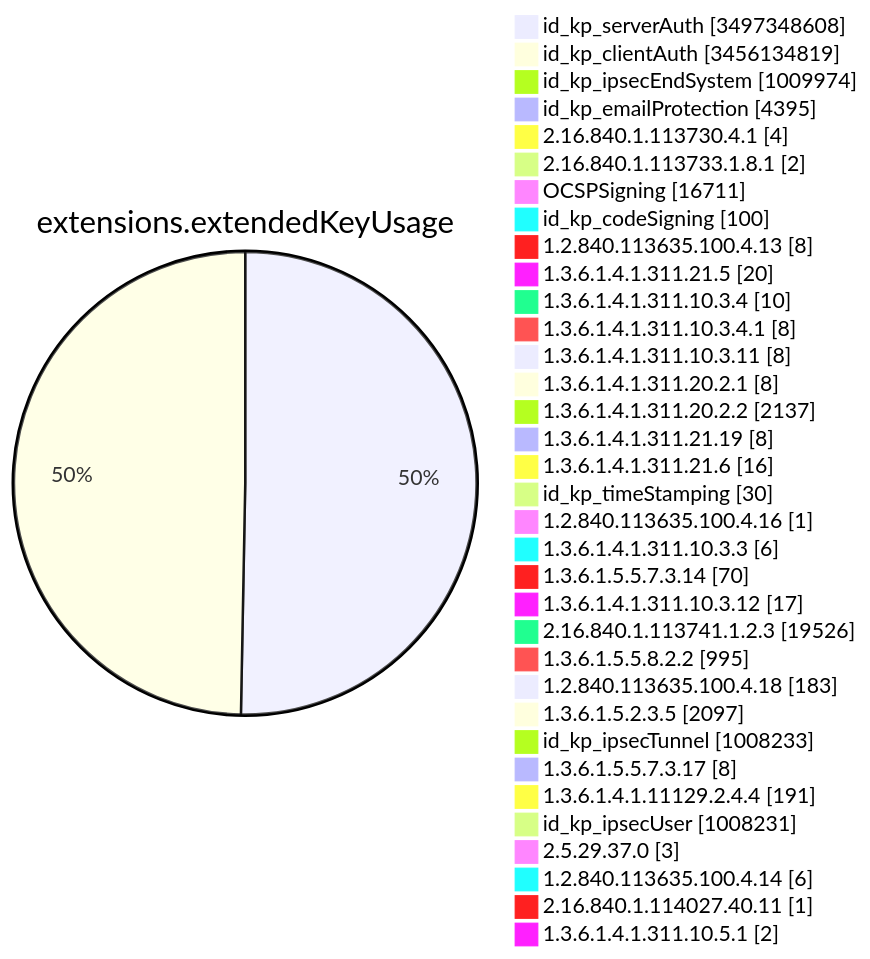
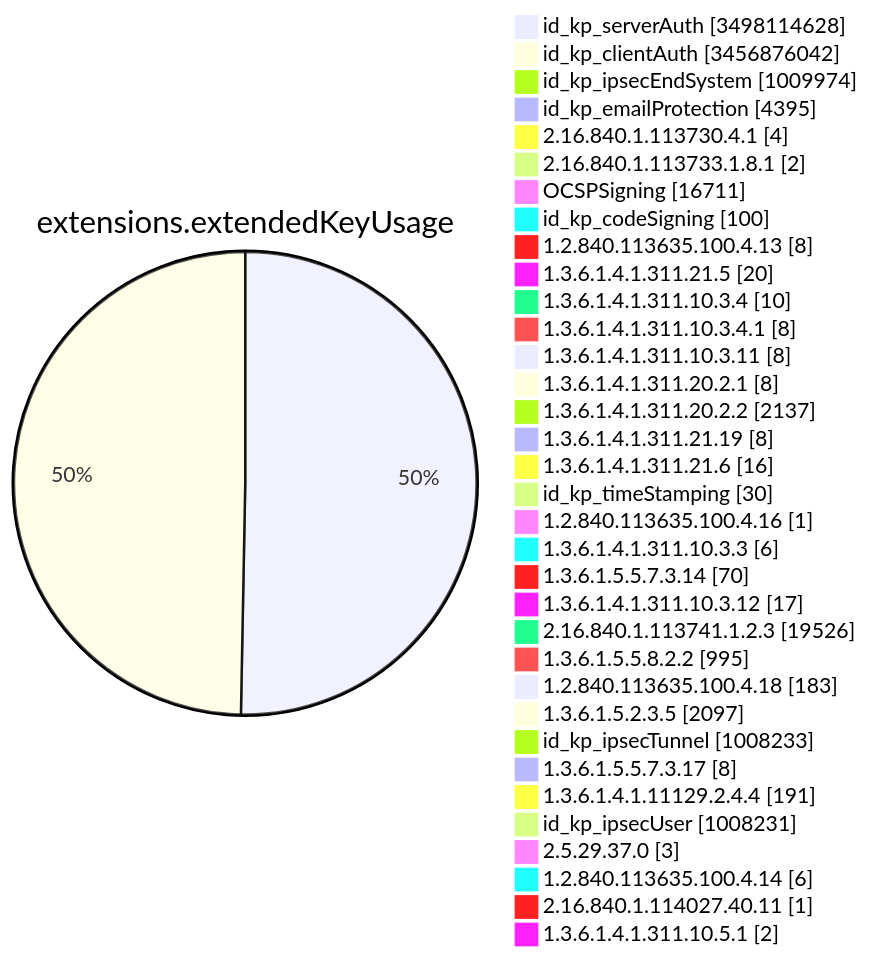
Diagram 11 of 15 in TOTAL/README.md (christiankrug/ctmonitor_visualization), drawn with Mermaid before and after one commit. The commit also changed other lines of this file, not shown here.

````diff
--- a/TOTAL/README.md
+++ b/TOTAL/README.md
@@ -4124,38 +4125,38 @@
 ```mermaid
 pie showData
 title extensions.extendedKeyUsage
-"id_kp_serverAuth" :3497348608
-"id_kp_clientAuth" :3456134819
+"id_kp_serverAuth" :3498114628
+"id_kp_clientAuth" :3456876042
 "id_kp_ipsecEndSystem" :1009974
 "id_kp_emailProtection" :4395
 "2.16.840.1.113730.4.1" :4
 "2.16.840.1.113733.1.8.1" :2
 "OCSPSigning" :16711
 "id_kp_codeSigning" :100
 "1.2.840.113635.100.4.13" :8
 "1.3.6.1.4.1.311.21.5" :20
 "1.3.6.1.4.1.311.10.3.4" :10
 "1.3.6.1.4.1.311.10.3.4.1" :8
 "1.3.6.1.4.1.311.10.3.11" :8
 "1.3.6.1.4.1.311.20.2.1" :8
 "1.3.6.1.4.1.311.20.2.2" :2137
 "1.3.6.1.4.1.311.21.19" :8
 "1.3.6.1.4.1.311.21.6" :16
 "id_kp_timeStamping" :30
 "1.2.840.113635.100.4.16" :1
 "1.3.6.1.4.1.311.10.3.3" :6
 "1.3.6.1.5.5.7.3.14" :70
 "1.3.6.1.4.1.311.10.3.12" :17
 "2.16.840.1.113741.1.2.3" :19526
 "1.3.6.1.5.5.8.2.2" :995
 "1.2.840.113635.100.4.18" :183
 "1.3.6.1.5.2.3.5" :2097
 "id_kp_ipsecTunnel" :1008233
 "1.3.6.1.5.5.7.3.17" :8
 "1.3.6.1.4.1.11129.2.4.4" :191
 "id_kp_ipsecUser" :1008231
 "2.5.29.37.0" :3
 "1.2.840.113635.100.4.14" :6
 "2.16.840.1.114027.40.11" :1
 "1.3.6.1.4.1.311.10.5.1" :2
 ```
````
